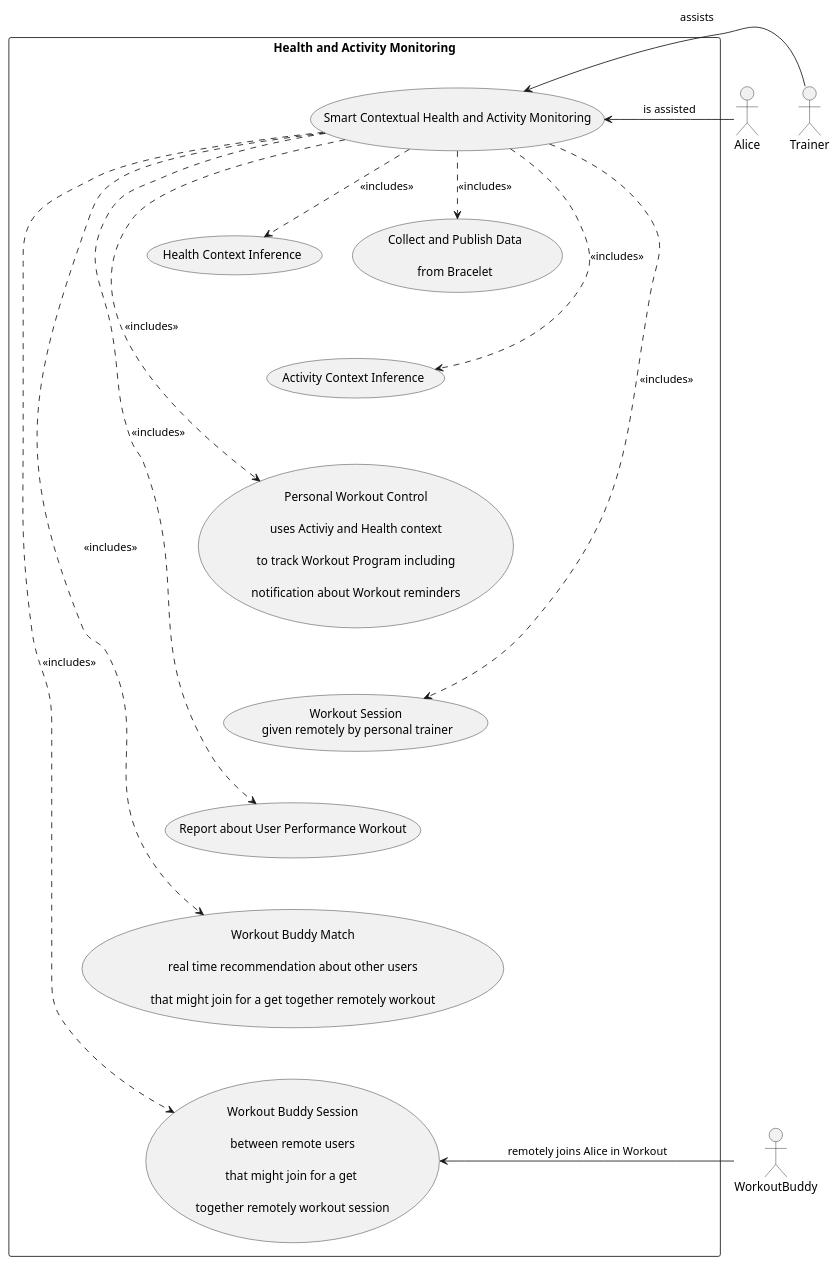
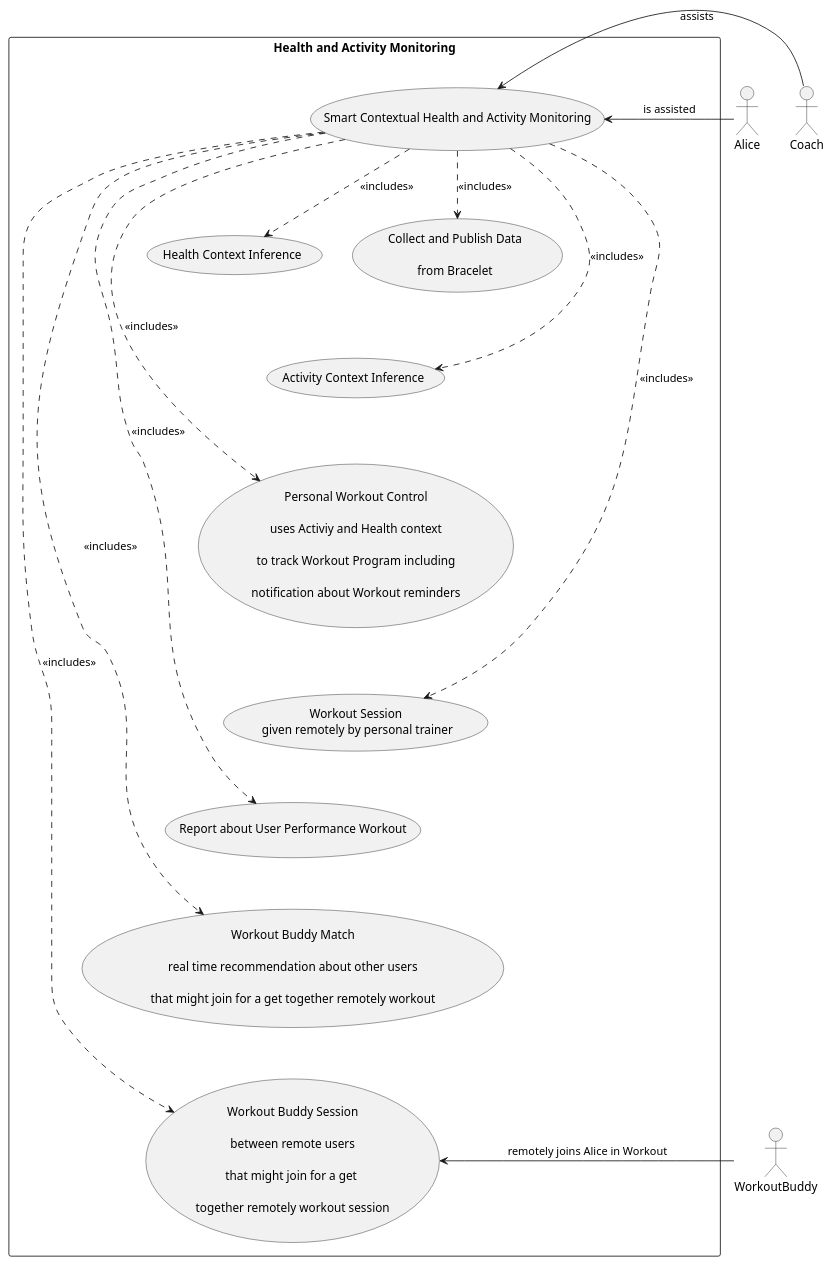
The diagram in docs/scenarios/smart-contextual-assistance/smart-contextual-health-monitoring-use-cases.puml (reTHINK-project/scenario-service-implementation), drawn with PlantUML before and after one commit. The commit also changed 6 other files, not shown here.

```diff
--- a/docs/scenarios/smart-contextual-assistance/smart-contextual-health-monitoring-use-cases.puml
+++ b/docs/scenarios/smart-contextual-assistance/smart-contextual-health-monitoring-use-cases.puml
@@ -1,64 +1,64 @@
 @startuml
 
 actor Alice
-actor Trainer
+actor "Coach" as Trainer
 actor WorkoutBuddy
 
 rectangle "Health and Activity Monitoring" {
   usecase (Smart Contextual Health and Activity Monitoring) as healthCtrlUC
 
   usecase healthMonitorUC as "Collect and Publish Data\n
   from Bracelet"
 
   usecase inferHealthContextUC as "Health Context Inference"
 
   usecase inferActivityContextUC as "Activity Context Inference"
 
   inferActivityContextUC -[hidden]up- inferHealthContextUC
 
   usecase workoutCtrlUC as "Personal Workout Control\n
    uses Activiy and Health context\n
    to track Workout Program including\n
    notification about Workout reminders"
 
   inferActivityContextUC -[hidden]down- workoutCtrlUC
 
   usecase workoutSessionUC as "Workout Session\n given remotely by personal trainer"
 
   workoutSessionUC -[hidden]up- workoutCtrlUC
 
   usecase workoutReportUC as "Report about User Performance Workout"
 
   workoutSessionUC -[hidden]down- workoutReportUC
 
   usecase workoutBuddyMatchUC as "Workout Buddy Match\n
   real time recommendation about other users\n
   that might join for a get together remotely workout"
 
   workoutBuddyMatchUC -[hidden]up- workoutReportUC
 
   usecase workoutBuddySessionUC as "Workout Buddy Session\n
   between remote users\n
   that might join for a get \n
   together remotely workout session"
 
   workoutBuddySessionUC -[hidden]up- workoutBuddyMatchUC
 }
 
 
 healthCtrlUC ..> healthMonitorUC : <<includes>>
 healthCtrlUC ..> inferHealthContextUC : <<includes>>
 healthCtrlUC ..> inferActivityContextUC : <<includes>>
 healthCtrlUC ..> workoutCtrlUC : <<includes>>
 healthCtrlUC ..> workoutSessionUC : <<includes>>
 healthCtrlUC ..> workoutReportUC : <<includes>>
 healthCtrlUC ..> workoutBuddyMatchUC : <<includes>>
 healthCtrlUC ..> workoutBuddySessionUC : <<includes>>
 
 Alice -left-> healthCtrlUC : is assisted
 
 Trainer -right-> healthCtrlUC : assists
 
 WorkoutBuddy -left-> workoutBuddySessionUC : remotely joins Alice in Workout
 
 @enduml
```
